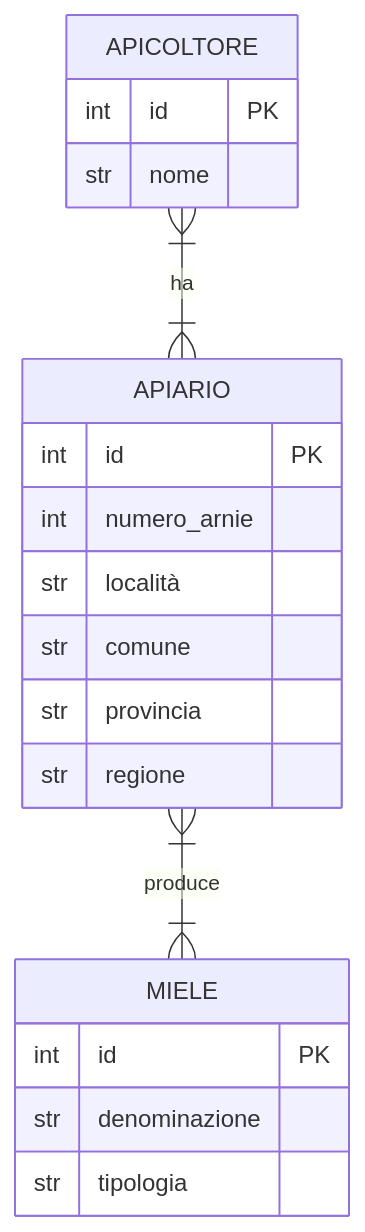
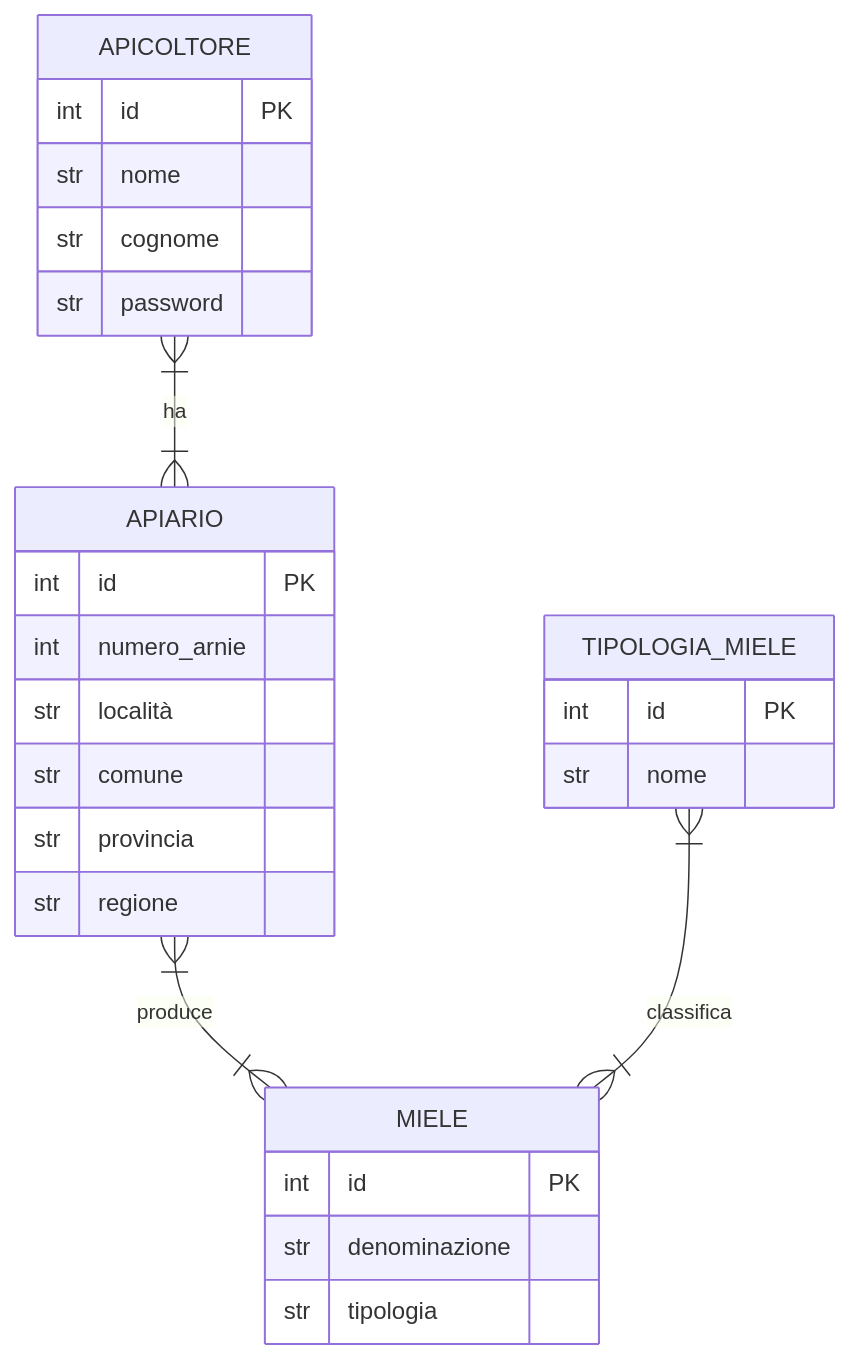
One commit to LorenzoPezzolesi/Salvatore1 changed the diagram in pezzolesi_es_1.md. Above: the diagram before and after it, drawn with Mermaid.

````diff
--- a/pezzolesi_es_1.md
+++ b/pezzolesi_es_1.md
@@ -1,26 +1,35 @@
 ```mermaid
 erDiagram
+
+    TIPOLOGIA_MIELE {
+        int id PK
+        str nome 
+    }
+
     MIELE {
         int id PK
         str denominazione
         str tipologia
     }
 
     APICOLTORE {
         int id PK
         str nome
+        str cognome
+        str password
     }
 
     APIARIO {
         int id PK
         int numero_arnie
         str località
         str comune
         str provincia
         str regione
     }
 
-APIARIO }|--|{ MIELE : produce
+APIARIO }|--|{  MIELE : produce
 APICOLTORE }|--|{ APIARIO : ha
+TIPOLOGIA_MIELE }|--|{ MIELE : classifica
 
 ```
````
